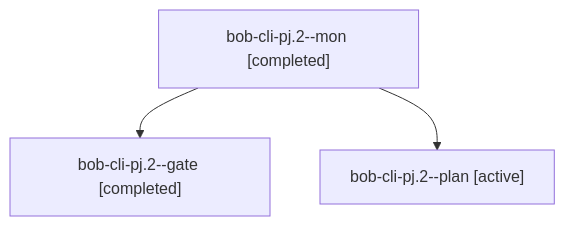
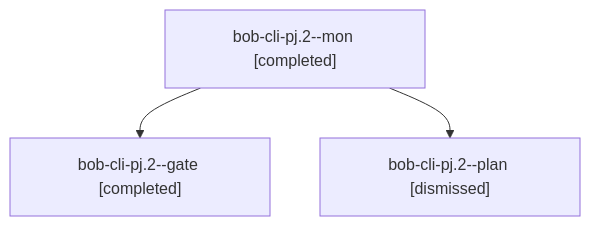
Before and after one commit to bobs-org/bob-cli--agents: the diagram in sessions/bbugyi200.athena.bob-cli-pj.2.md, drawn with Mermaid. The commit also changed other lines of this file and 184 other files, not shown here.

````diff
--- a/sessions/bbugyi200.athena.bob-cli-pj.2.md
+++ b/sessions/bbugyi200.athena.bob-cli-pj.2.md
@@ -9,8 +9,8 @@
 ```mermaid
 flowchart TD
   n0["bob-cli-pj.2--mon [completed]"]
   n1["bob-cli-pj.2--gate [completed]"]
   n0 --> n1
-  n2["bob-cli-pj.2--plan [active]"]
+  n2["bob-cli-pj.2--plan [dismissed]"]
   n0 --> n2
 ```
````
